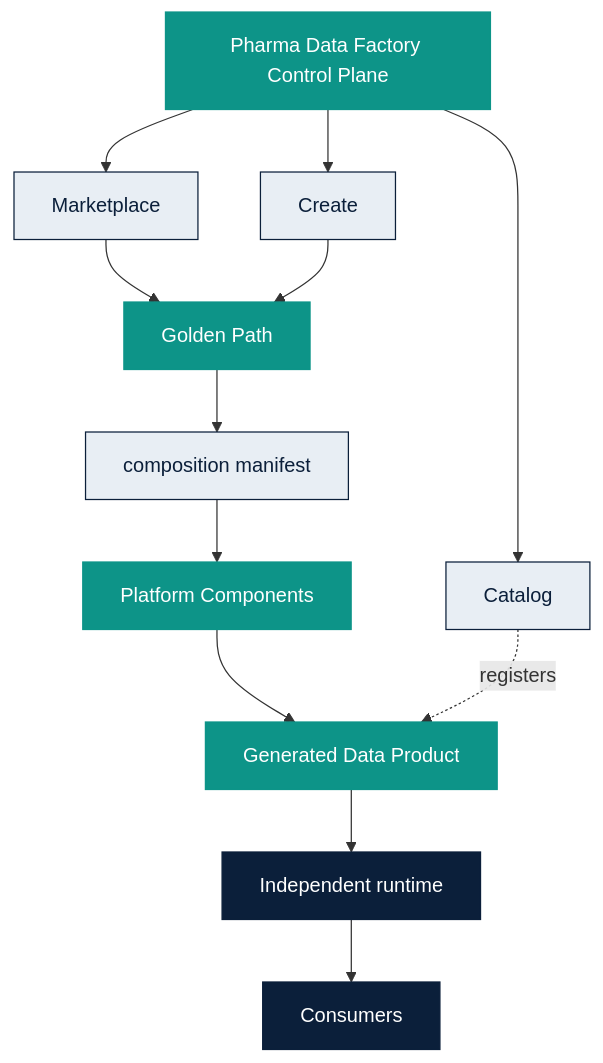
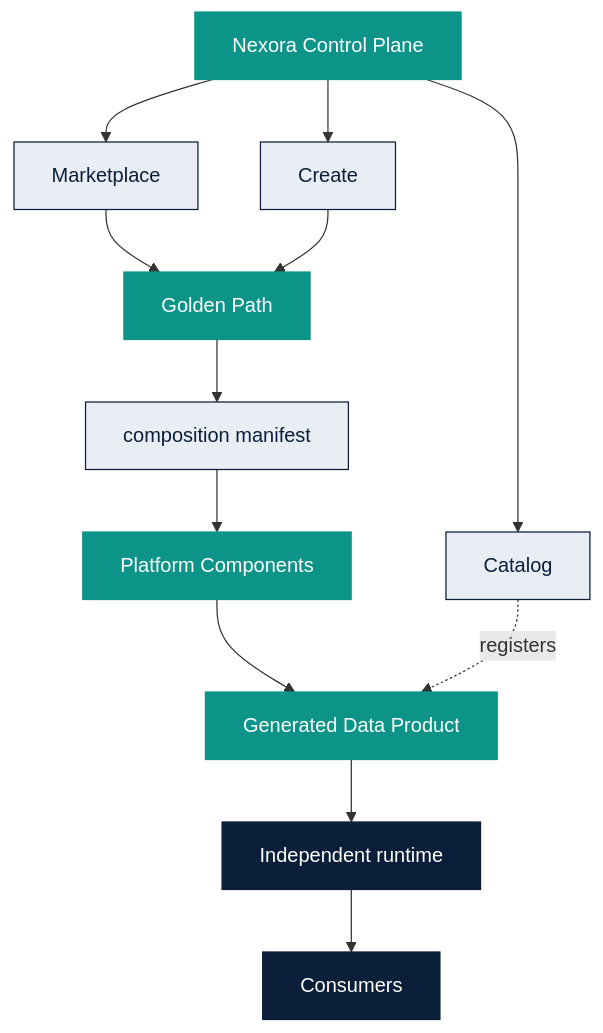
One commit to pharma-data-factory/data-product-platform changed the fifth of 12 diagrams in docs/architecture/platform.md. Above: the diagram before and after it, drawn with Mermaid. The commit also changed other lines of this file and 180 other files, not shown here.

First line of the commit message:
chore: rename Pharma Data Factory to Nexora and snapshot platform state

````diff
--- a/docs/architecture/platform.md
+++ b/docs/architecture/platform.md
@@ -108,29 +108,29 @@
 ```mermaid
 flowchart TB
   classDef navy fill:#0B1F3A,stroke:#0B1F3A,color:#ffffff
   classDef teal fill:#0D9488,stroke:#0D9488,color:#ffffff
   classDef light fill:#E8EEF4,stroke:#0B1F3A,color:#0B1F3A
 
-  CP[Pharma Data Factory Control Plane]
+  CP[Nexora Control Plane]
   CAT[Catalog]
   MKT[Marketplace]
   CRT[Create]
   GP[Golden Path]
   MAN[composition manifest]
   PC[Platform Components]
   DP[Generated Data Product]
   RT[Independent runtime]
   CONS[Consumers]
 
   CP --> CAT
   CP --> MKT
   CP --> CRT
   MKT --> GP
   CRT --> GP
   GP --> MAN --> PC --> DP --> RT --> CONS
   CAT -.->|registers| DP
 
   class CP,GP,PC,DP teal
   class CAT,MKT,CRT,MAN light
   class RT,CONS navy
 ```
````
